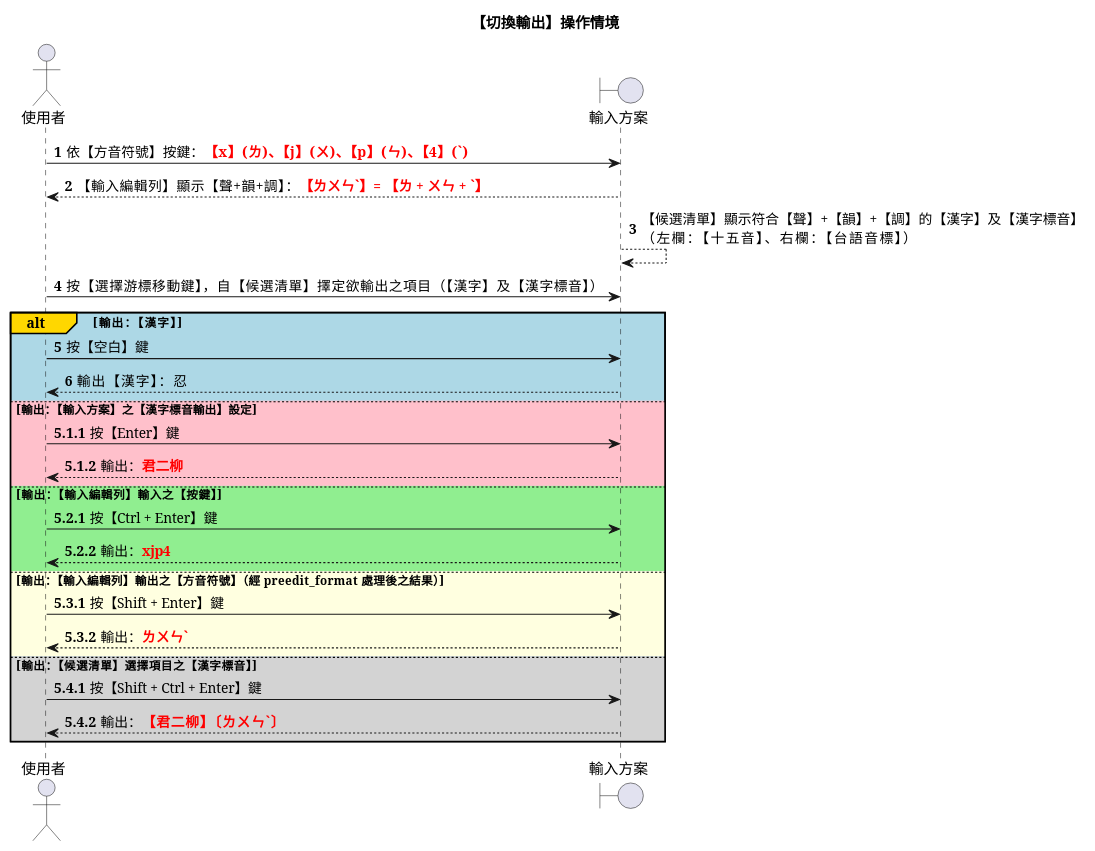
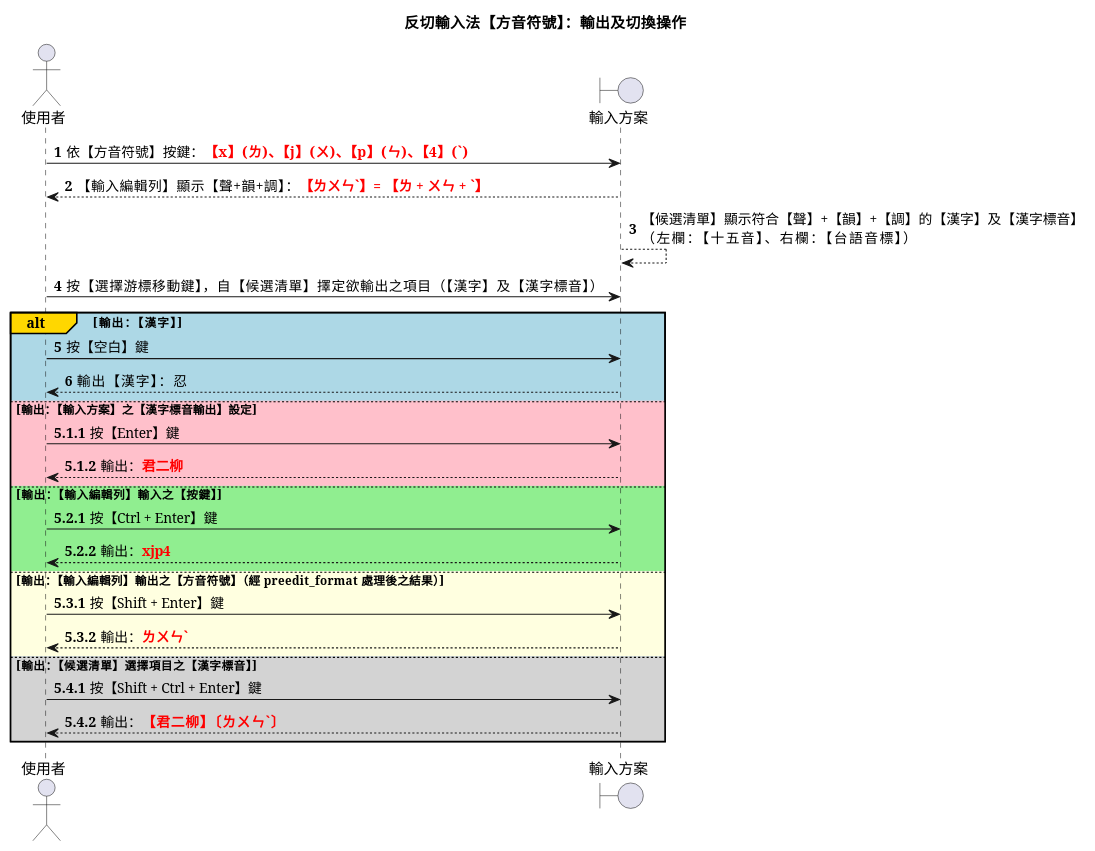
Before and after one commit to AlanJui/rime-tlpa: diagram 12 of 13 in docs/310_反切輸入法【台語音標】設計規格.md, drawn with PlantUML. The commit also changed other lines of this file, not shown here.

Commit message:
310.md v0.1.6.5

````diff
--- a/docs/310_反切輸入法【台語音標】設計規格.md
+++ b/docs/310_反切輸入法【台語音標】設計規格.md
@@ -584,40 +584,40 @@
 ```plantuml
 @startuml
-title 【切換輸出】操作情境
+title 反切輸入法【方音符號】：輸出及切換操作
 actor 使用者 as user
 boundary 輸入方案 as ime
 autonumber
 
 user -> ime : 依【方音符號】按鍵：<font color=red><b>【x】(ㄌ)、【j】(ㄨ)、【p】(ㄣ)、【4】(ˋ)
 ime --> user : 【輸入編輯列】顯示【聲+韻+調】：<font color=red><b>【ㄌㄨㄣˋ】= 【ㄌ + ㄨㄣ + ˋ】
 ime --> ime : 【候選清單】顯示符合【聲】+【韻】+【調】的【漢字】及【漢字標音】\n（左欄：【十五音】、右欄：【台語音標】）
 
 user -> ime : 按【選擇游標移動鍵】，自【候選清單】擇定欲輸出之項目（【漢字】及【漢字標音】）
 
 alt#Gold #LightBlue 輸出：【漢字】
     user -> ime : 按【空白】鍵
     ime --> user : 輸出【漢字】：忍
 
 autonumber 5.1.1
 else #Pink 輸出：【輸入方案】之【漢字標音輸出】設定
     user -> ime : 按【Enter】鍵
     ime --> user : 輸出：<font color=red><b>君二柳
 
 autonumber 5.2.1
 else #LightGreen 輸出：【輸入編輯列】輸入之【按鍵】
     user -> ime : 按【Ctrl + Enter】鍵
     ime --> user : 輸出：<font color=red><b>xjp4
 
 autonumber 5.3.1
 else #LightYellow 輸出：【輸入編輯列】輸出之【方音符號】（經 preedit_format 處理後之結果）
     user -> ime : 按【Shift + Enter】鍵
     ime --> user : 輸出：<font color=red><b>ㄌㄨㄣˋ
 
 autonumber 5.4.1
 else #LightGrey 輸出：【候選清單】選擇項目之【漢字標音】
     user -> ime : 按【Shift + Ctrl + Enter】鍵
     ime --> user : 輸出：<font color=red><b>【君二柳】〔ㄌㄨㄣˋ〕
 end
 
 @enduml
 ```
````
